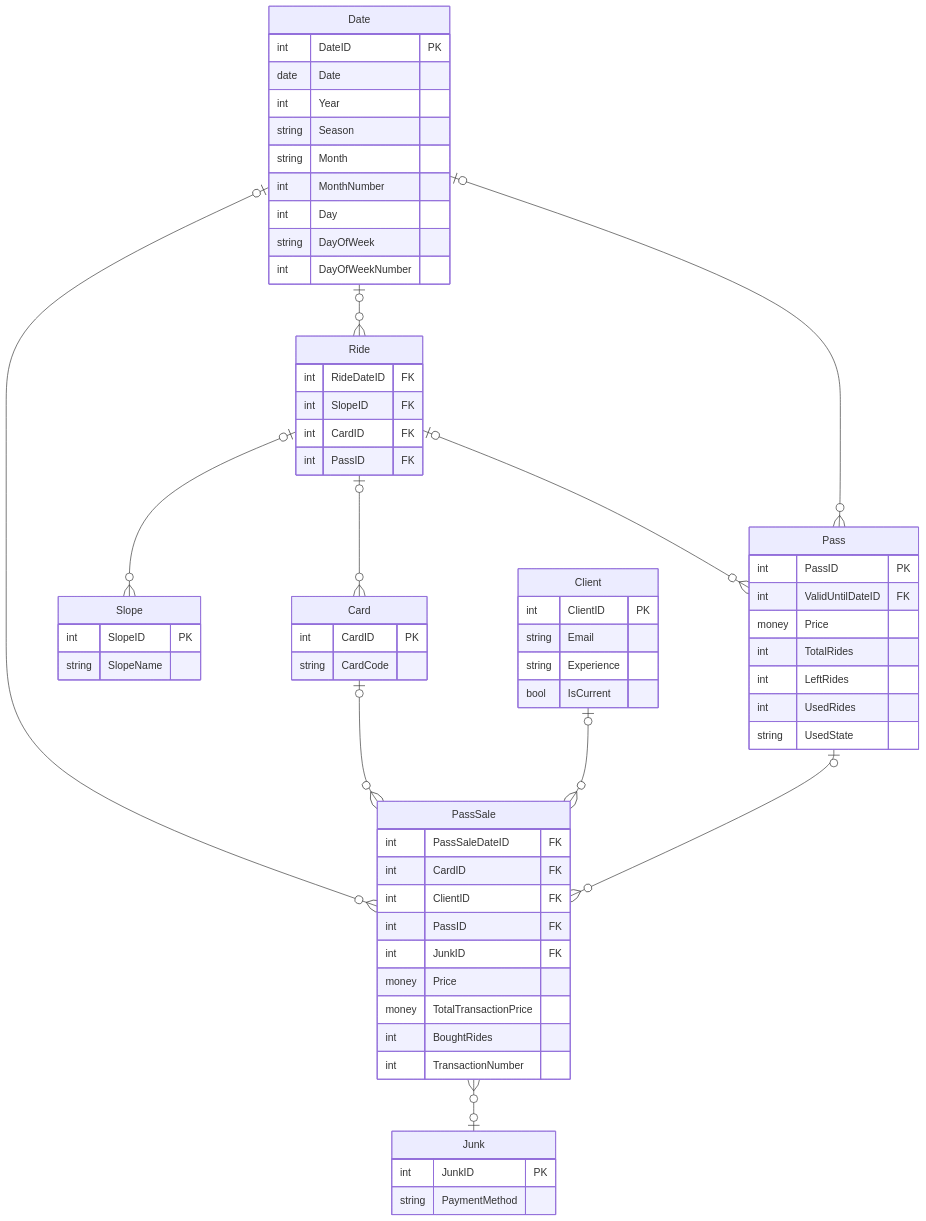
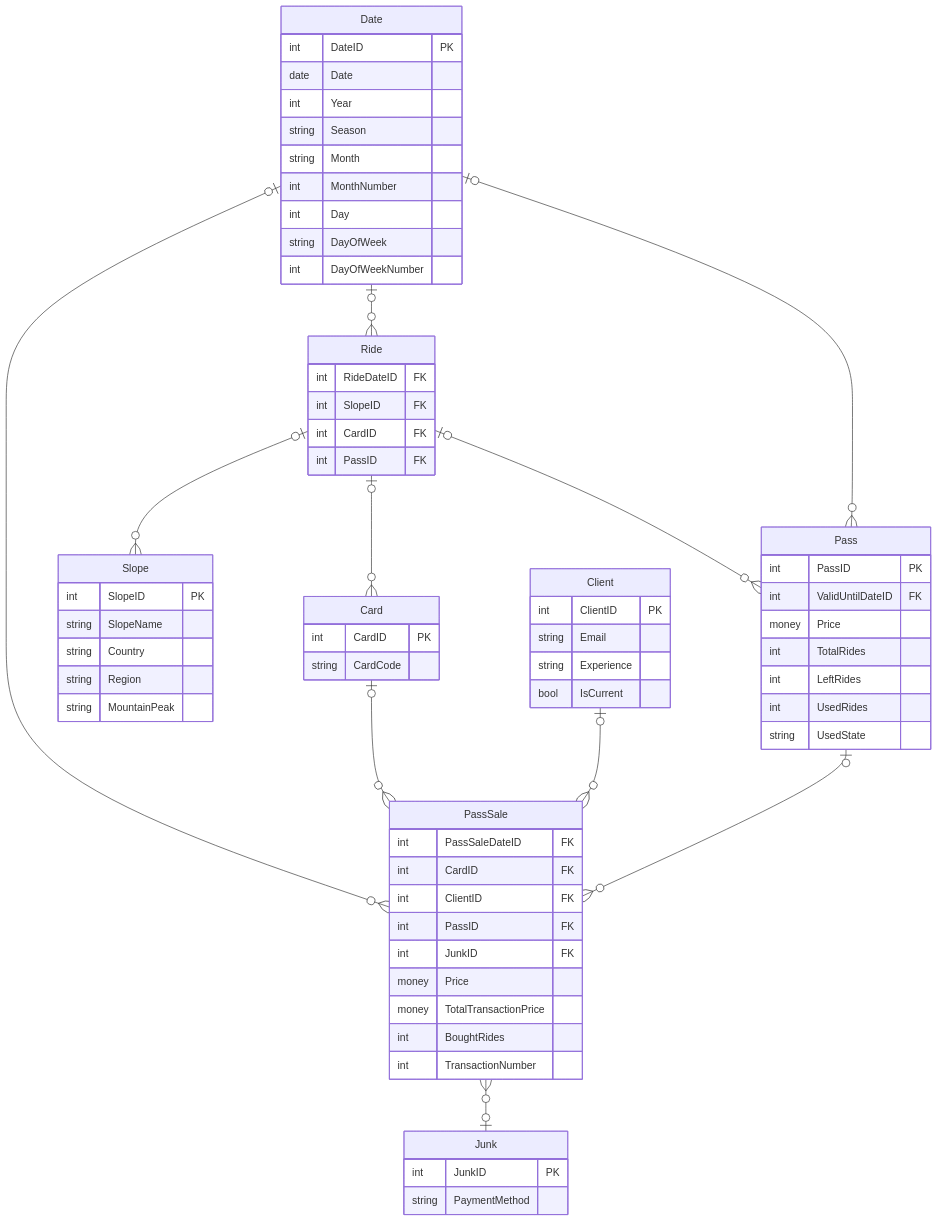
One commit to Nasus20202/hurtownie-danych changed the diagram in docs/data-warehouse-design/schema.mmd. Above: the diagram before and after it, drawn with Mermaid. The commit also changed 3 other files, not shown here.

```diff
--- a/docs/data-warehouse-design/schema.mmd
+++ b/docs/data-warehouse-design/schema.mmd
@@ -1,74 +1,77 @@
 erDiagram
     Date |o--o{ Ride : ""
     Ride |o--o{ Pass : ""
     Ride |o--o{ Slope : ""
     Ride |o--o{ Card : ""
     Date |o--o{ PassSale : ""
     Card |o--o{ PassSale : ""
     Client |o--o{ PassSale : ""
     Date |o--o{ Pass : ""
     Pass |o--o{ PassSale : ""
     PassSale }o--o| Junk : ""
 
 Client {
     int ClientID PK
     string Email
     string Experience
     bool IsCurrent
 }
 
 Card {
     int CardID PK
     string CardCode
 }
 
 Date {
     int DateID PK
     date Date
     int Year
     string Season
     string Month
     int MonthNumber
     int Day
     string DayOfWeek
     int DayOfWeekNumber
 }
 
 Junk {
     int JunkID PK
     string PaymentMethod
 }
 
 Pass {
     int PassID PK
     int ValidUntilDateID FK
     money Price
     int TotalRides
     int LeftRides
     int UsedRides
     string UsedState
 }
 
 PassSale {
     int PassSaleDateID FK
     int CardID FK
     int ClientID FK
     int PassID FK
     int JunkID FK
     money Price
     money TotalTransactionPrice
     int BoughtRides
     int TransactionNumber
 }
 
 Ride {
     int RideDateID FK
     int SlopeID FK
     int CardID FK
     int PassID FK
 }
 
 Slope {
     int SlopeID PK
     string SlopeName
+    string Country
+    string Region
+    string MountainPeak
 }
```
